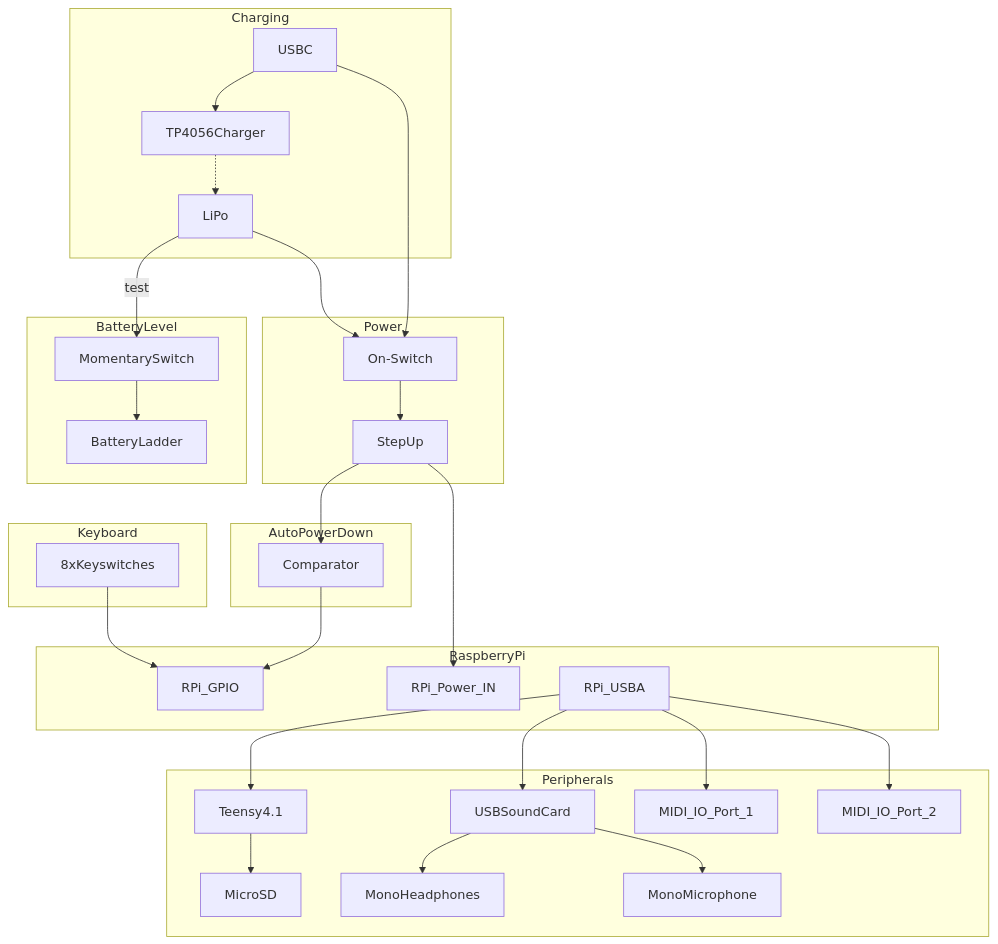
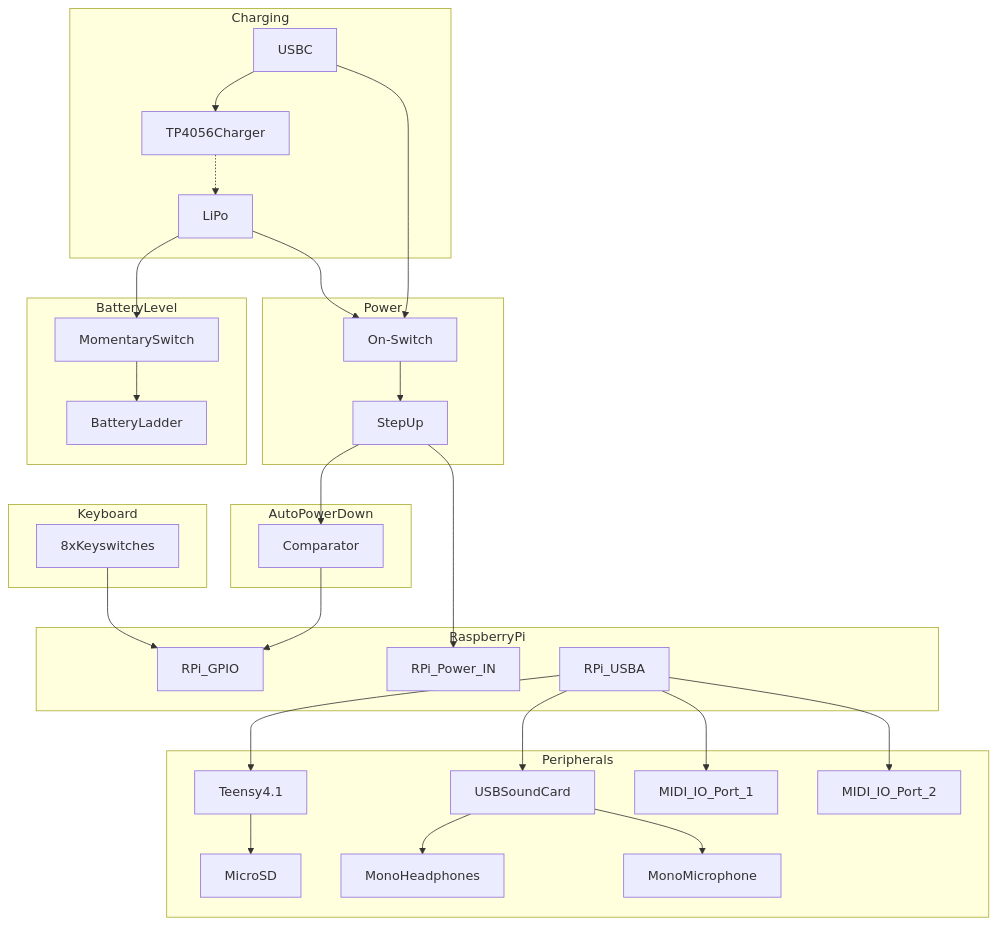
One commit to KieranReck/KieranReck.github.io changed the first of 2 diagrams in _posts/2024-07-09-M8-HEADLESS.md. Above: the diagram before and after it, drawn with Mermaid. The commit also changed other lines of this file, not shown here.

Commit message:
another success. Revert back to original graph but with subgraph direction removed

````diff
--- a/_posts/2024-07-09-M8-HEADLESS.md
+++ b/_posts/2024-07-09-M8-HEADLESS.md
@@ -106,51 +106,51 @@
 ```mermaid
 flowchart TB
 
 	subgraph Charging
 		USBC --> TP4056Charger  -.-> LiPo	
 	end
 
-	LiPo --test--> MomentarySwitch
+	LiPo --> MomentarySwitch
 	
 	subgraph BatteryLevel
 		MomentarySwitch --> BatteryLadder
 	end
 
 	subgraph AutoPowerDown
 		Comparator
 	end
 	
 	subgraph Keyboard
 		8xKeyswitches
 	end
 
 	subgraph Power
 		LiPo --> On-Switch 
 		On-Switch --> StepUp
 		USBC --> On-Switch 
 		StepUp --> Comparator
 	end
 
 	StepUp --> RPi_Power_IN
 	Comparator --> RPi_GPIO
 	RPi_USBA --> Teensy4.1
 	RPi_USBA --> USBSoundCard
 	RPi_USBA --> MIDI_IO_Port_1
 	RPi_USBA --> MIDI_IO_Port_2
 	8xKeyswitches --> RPi_GPIO
 	
 	subgraph Peripherals
 		Teensy4.1 --> MicroSD
 		USBSoundCard --> MonoHeadphones
 		USBSoundCard --> MonoMicrophone
 		MIDI_IO_Port_1
 		MIDI_IO_Port_2
 	end
 
 	subgraph RaspberryPi
 		RPi_USBA
 		RPi_Power_IN
 		RPi_GPIO
 	end
 
 ```
````
